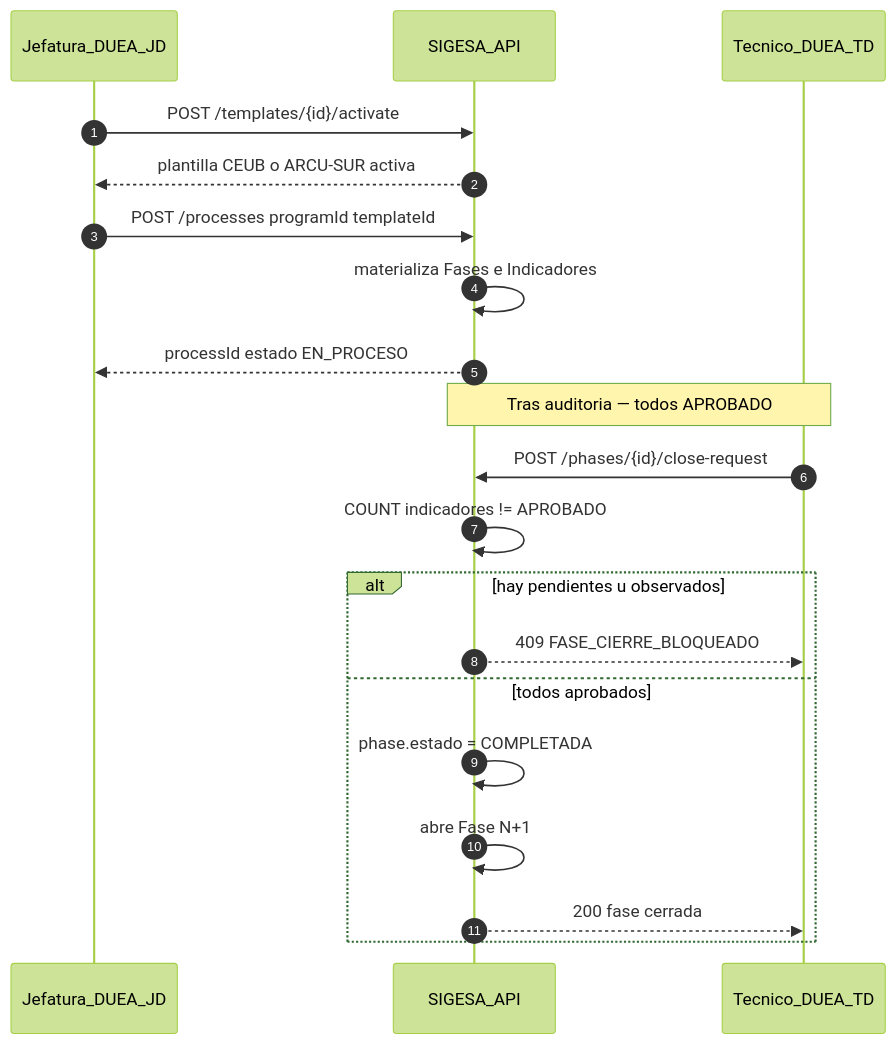
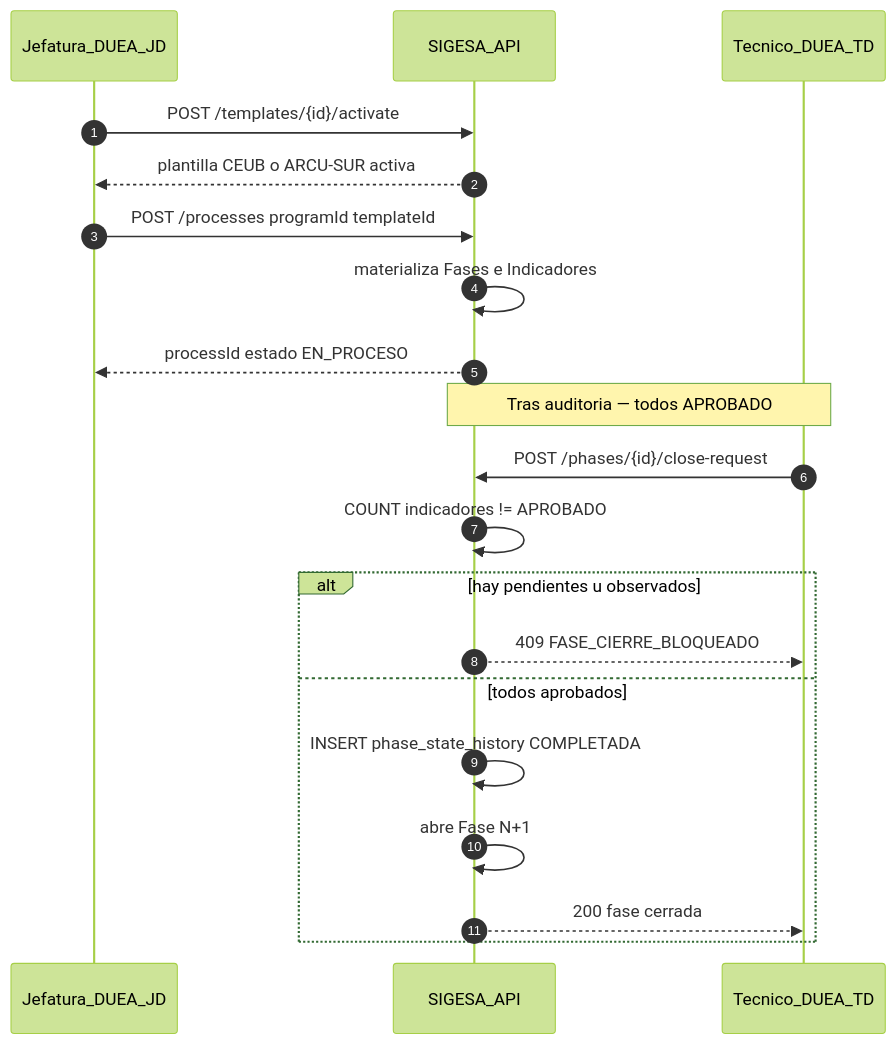
One commit to AcredIA-UMSS/sigesa-docs changed the diagram in docs/07_diagramas/UC03_secuencia.mmd. Above: the diagram before and after it, drawn with Mermaid (forest theme). The commit also changed 40 other files, not shown here.

First line of the commit message:
docs(dti): align SIGESA cloud architecture v1

```diff
--- a/docs/07_diagramas/UC03_secuencia.mmd
+++ b/docs/07_diagramas/UC03_secuencia.mmd
@@ -1,27 +1,27 @@
 %% FSD-UC-003 Plantilla y Proceso + FSD-UC-010 Avanzar Fase
 %% Trazabilidad: PRD-US-024, PRD-US-023 | FSD-BR-07, FSD-BR-08
 
 sequenceDiagram
     autonumber
     participant JD as Jefatura_DUEA_JD
     participant SYS as SIGESA_API
     participant TD as Tecnico_DUEA_TD
 
     JD->>SYS: POST /templates/{id}/activate
     SYS-->>JD: plantilla CEUB o ARCU-SUR activa
 
     JD->>SYS: POST /processes programId templateId
     SYS->>SYS: materializa Fases e Indicadores
     SYS-->>JD: processId estado EN_PROCESO
 
     Note over SYS,TD: Tras auditoria — todos APROBADO
 
     TD->>SYS: POST /phases/{id}/close-request
     SYS->>SYS: COUNT indicadores != APROBADO
     alt hay pendientes u observados
         SYS-->>TD: 409 FASE_CIERRE_BLOQUEADO
     else todos aprobados
-        SYS->>SYS: phase.estado = COMPLETADA
+        SYS->>SYS: INSERT phase_state_history COMPLETADA
         SYS->>SYS: abre Fase N+1
         SYS-->>TD: 200 fase cerrada
     end
```
